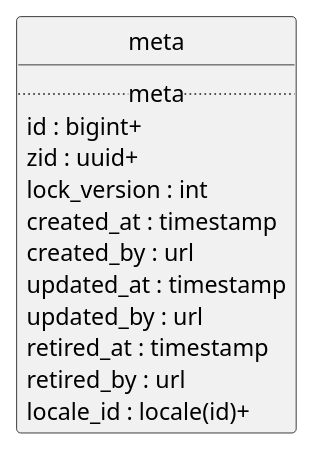
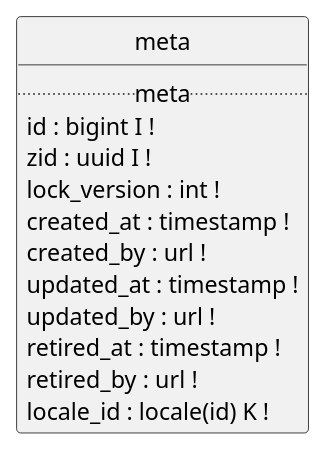
Before and after one commit to contactopensource/contactopensource: the diagram in api/meta/uml.plantuml, drawn with PlantUML. The commit also changed 111 other files, not shown here.

```diff
--- a/api/meta/uml.plantuml
+++ b/api/meta/uml.plantuml
@@ -1,20 +1,20 @@
 @startuml uml
 skinparam monochrome true
 skinparam linetype ortho
 hide circle
 
 entity meta {
   .. meta ..
-  id : bigint+
-  zid : uuid+
-  lock_version : int
-  created_at : timestamp
-  created_by : url
-  updated_at : timestamp
-  updated_by : url
-  retired_at : timestamp
-  retired_by : url
-  locale_id : locale(id)+
+  id : bigint I !
+  zid : uuid I !
+  lock_version : int !
+  created_at : timestamp !
+  created_by : url !
+  updated_at : timestamp !
+  updated_by : url !
+  retired_at : timestamp !
+  retired_by : url !
+  locale_id : locale(id) K !
 }
 
 @enduml
```
